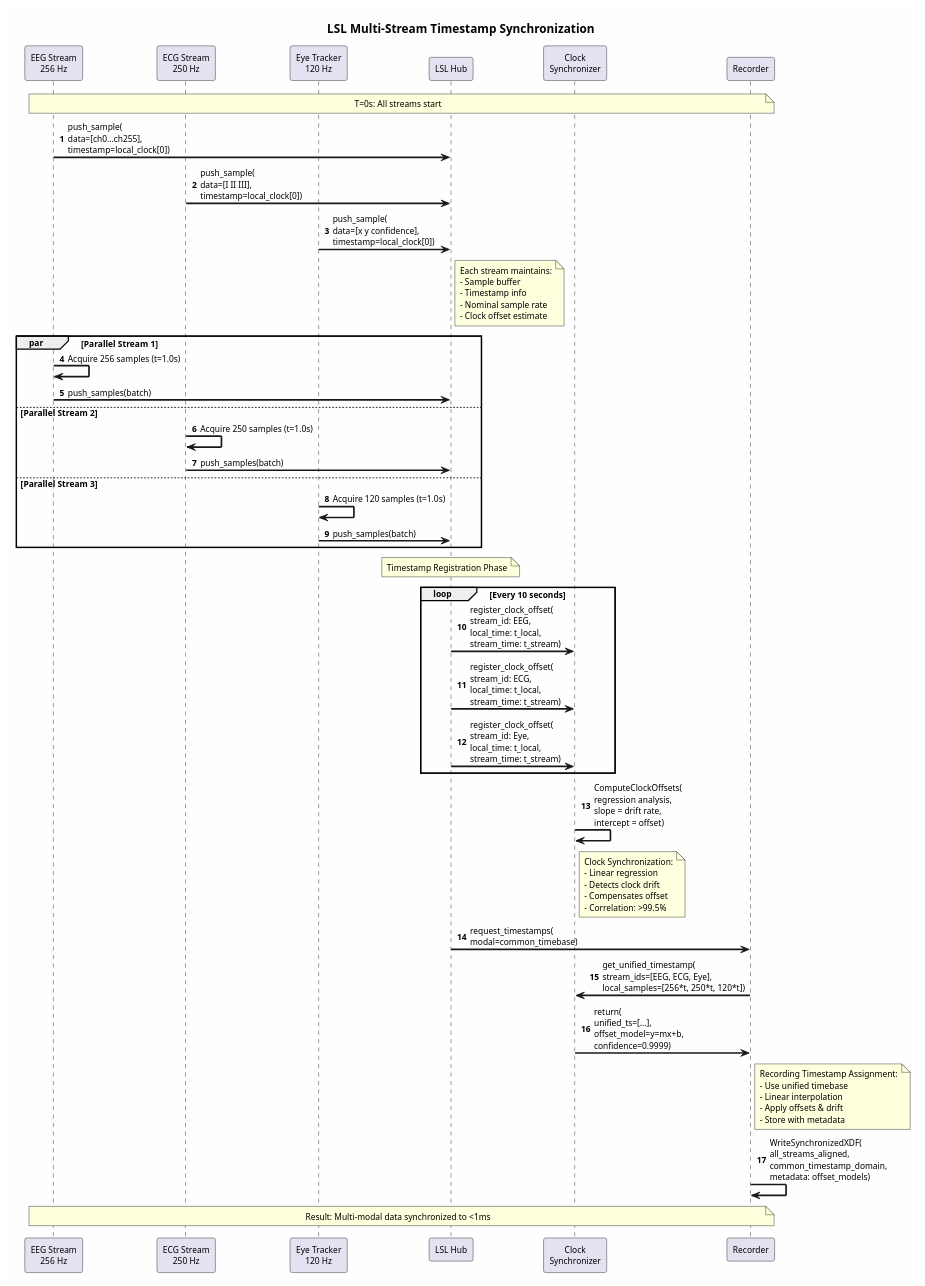
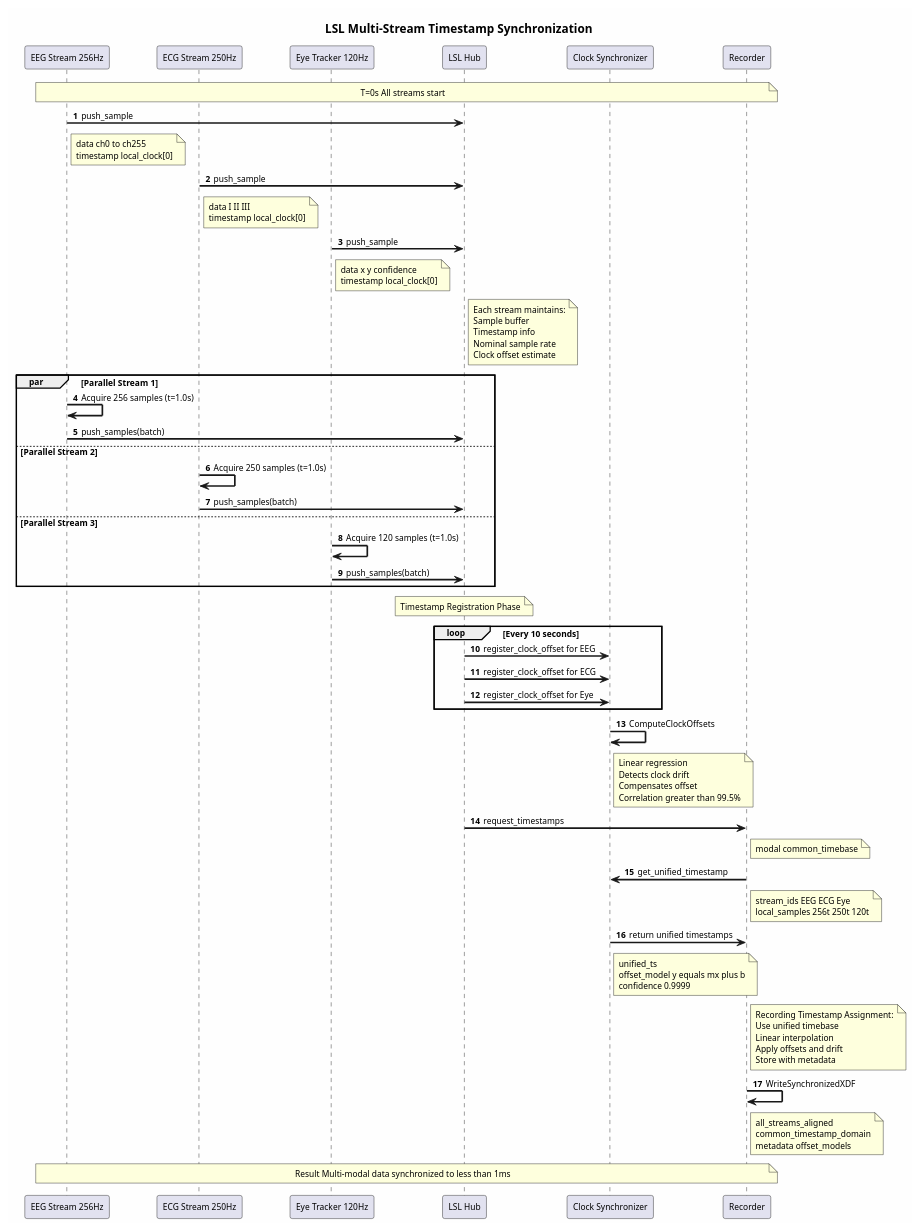
Before and after one commit to mwwhited-notes/shared: the diagram in projects/synchronized-telemetry-streaming-research/diagrams/protocols/lsl-stream-synchronization.puml, drawn with PlantUML. The commit also changed 8 other files, not shown here.

Commit message:
update diagrams

```diff
--- a/projects/synchronized-telemetry-streaming-research/diagrams/protocols/lsl-stream-synchronization.puml
+++ b/projects/synchronized-telemetry-streaming-research/diagrams/protocols/lsl-stream-synchronization.puml
@@ -1,79 +1,108 @@
 @startuml LSL Stream Synchronization Flow
 skinparam backgroundColor #FEFEFE
 skinparam defaultFontName Helvetica
 skinparam defaultFontSize 10
 skinparam sequenceArrowThickness 2
 
 title LSL Multi-Stream Timestamp Synchronization
 
-participant "EEG Stream\n256 Hz" as eeg
-participant "ECG Stream\n250 Hz" as ecg
-participant "Eye Tracker\n120 Hz" as eye
+participant "EEG Stream 256Hz" as eeg
+participant "ECG Stream 250Hz" as ecg
+participant "Eye Tracker 120Hz" as eye
 participant "LSL Hub" as hub
-participant "Clock\nSynchronizer" as sync
+participant "Clock Synchronizer" as sync
 participant "Recorder" as rec
 
 autonumber
 
-note over eeg, rec: T=0s: All streams start
+note over eeg, rec: T=0s All streams start
 
-eeg -> hub: push_sample(\ndata=[ch0...ch255],\ntimestamp=local_clock[0])
-ecg -> hub: push_sample(\ndata=[I II III],\ntimestamp=local_clock[0])
-eye -> hub: push_sample(\ndata=[x y confidence],\ntimestamp=local_clock[0])
+eeg -> hub: push_sample
+note right of eeg
+  data ch0 to ch255
+  timestamp local_clock[0]
+end note
+
+ecg -> hub: push_sample
+note right of ecg
+  data I II III
+  timestamp local_clock[0]
+end note
+
+eye -> hub: push_sample
+note right of eye
+  data x y confidence
+  timestamp local_clock[0]
+end note
 
 note right of hub
   Each stream maintains:
-  - Sample buffer
-  - Timestamp info
-  - Nominal sample rate
-  - Clock offset estimate
+  Sample buffer
+  Timestamp info
+  Nominal sample rate
+  Clock offset estimate
 end note
 
 par Parallel Stream 1
     eeg -> eeg: Acquire 256 samples (t=1.0s)
     eeg -> hub: push_samples(batch)
 else Parallel Stream 2
     ecg -> ecg: Acquire 250 samples (t=1.0s)
     ecg -> hub: push_samples(batch)
 else Parallel Stream 3
     eye -> eye: Acquire 120 samples (t=1.0s)
     eye -> hub: push_samples(batch)
 end
 
 note over hub: Timestamp Registration Phase
 
 loop Every 10 seconds
-    hub -> sync: register_clock_offset(\nstream_id: EEG,\nlocal_time: t_local,\nstream_time: t_stream)
-    hub -> sync: register_clock_offset(\nstream_id: ECG,\nlocal_time: t_local,\nstream_time: t_stream)
-    hub -> sync: register_clock_offset(\nstream_id: Eye,\nlocal_time: t_local,\nstream_time: t_stream)
+    hub -> sync: register_clock_offset for EEG
+    hub -> sync: register_clock_offset for ECG
+    hub -> sync: register_clock_offset for Eye
 end
 
-sync -> sync: ComputeClockOffsets(\nregression analysis,\nslope = drift rate,\nintercept = offset)
-
+sync -> sync: ComputeClockOffsets
 note right of sync
-  Clock Synchronization:
-  - Linear regression
-  - Detects clock drift
-  - Compensates offset
-  - Correlation: >99.5%
+  Linear regression
+  Detects clock drift
+  Compensates offset
+  Correlation greater than 99.5%
 end note
 
-hub -> rec: request_timestamps(\nmodal=common_timebase)
+hub -> rec: request_timestamps
+note right of rec
+  modal common_timebase
+end note
 
-rec -> sync: get_unified_timestamp(\nstream_ids=[EEG, ECG, Eye],\nlocal_samples=[256*t, 250*t, 120*t])
+rec -> sync: get_unified_timestamp
+note right of rec
+  stream_ids EEG ECG Eye
+  local_samples 256t 250t 120t
+end note
 
-sync -> rec: return(\nunified_ts=[...],\noffset_model=y=mx+b,\nconfidence=0.9999)
+sync -> rec: return unified timestamps
+note right of sync
+  unified_ts
+  offset_model y equals mx plus b
+  confidence 0.9999
+end note
 
 note right of rec
   Recording Timestamp Assignment:
-  - Use unified timebase
-  - Linear interpolation
-  - Apply offsets & drift
-  - Store with metadata
+  Use unified timebase
+  Linear interpolation
+  Apply offsets and drift
+  Store with metadata
 end note
 
-rec -> rec: WriteSynchronizedXDF(\nall_streams_aligned,\ncommon_timestamp_domain,\nmetadata: offset_models)
+rec -> rec: WriteSynchronizedXDF
+note right of rec
+  all_streams_aligned
+  common_timestamp_domain
+  metadata offset_models
+end note
 
-note over eeg, rec: Result: Multi-modal data synchronized to <1ms
+note over eeg, rec: Result Multi-modal data synchronized to less than 1ms
 
 @enduml
```
